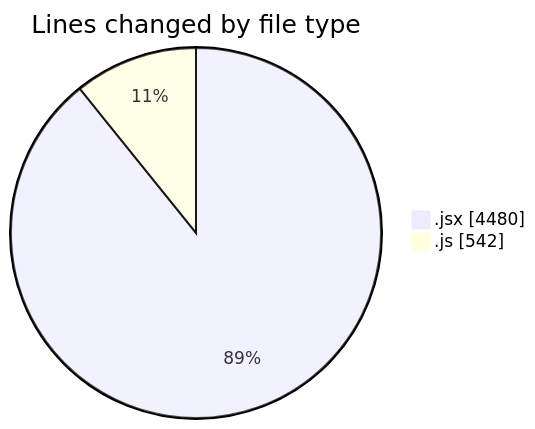
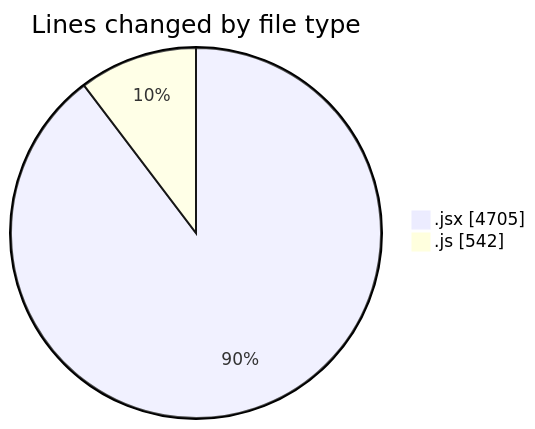
One commit to nxtqubesakshisongat/code-tracking changed the first of 2 diagrams in 2026-01-07/nxtqube_webapp/README.md. Above: the diagram before and after it, drawn with Mermaid. The commit also changed other lines of this file and 1 other file, not shown here.

````diff
--- a/2026-01-07/nxtqube_webapp/README.md
+++ b/2026-01-07/nxtqube_webapp/README.md
@@ -25,6 +26,6 @@
 ```mermaid
 pie showData
 title Lines changed by file type
-".jsx" : 4480
+".jsx" : 4705
 ".js" : 542
 ```
````
